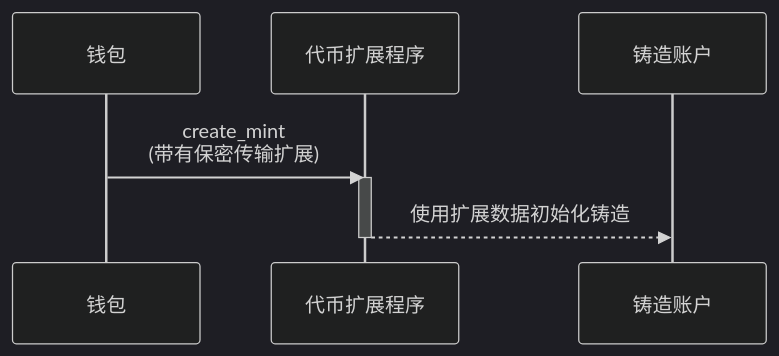
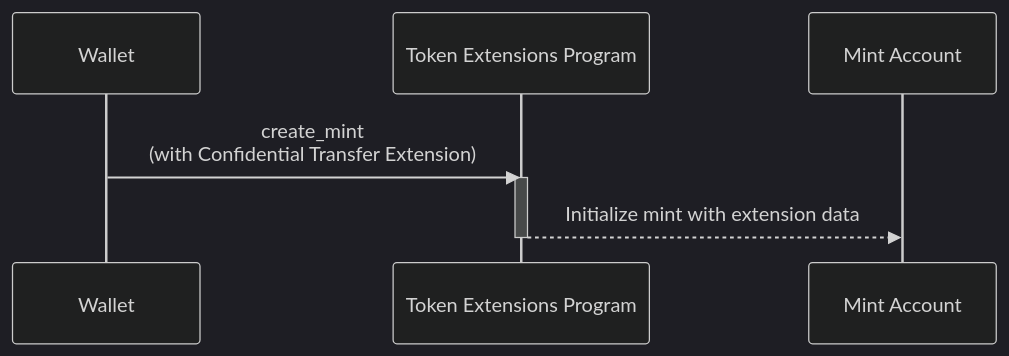
The diagram in content/docs/zh/tokens/extensions/confidential-transfer/create-mint.mdx (solana-foundation/solana-com), drawn with Mermaid (dark theme) before and after one commit. The commit also changed other lines of this file and 38 other files, not shown here.

````diff
--- a/content/docs/zh/tokens/extensions/confidential-transfer/create-mint.mdx
+++ b/content/docs/zh/tokens/extensions/confidential-transfer/create-mint.mdx
@@ -12,11 +12,11 @@
 ```mermaid title="Create Mint with Confidential Transfer Extension"
 sequenceDiagram
-    participant Payer as 钱包
-    participant Token22 as 代币扩展程序
-    participant Mint as 铸造账户
+    participant Payer as Wallet
+    participant Token22 as Token Extensions Program
+    participant Mint as Mint Account
 
-    Payer->>Token22: create_mint <br>(带有保密传输扩展)
+    Payer->>Token22: create_mint <br>(with Confidential Transfer Extension)
     activate Token22
-    Token22-->>Mint: 使用扩展数据初始化铸造
+    Token22-->>Mint: Initialize mint with extension data
     deactivate Token22
 ```
````
